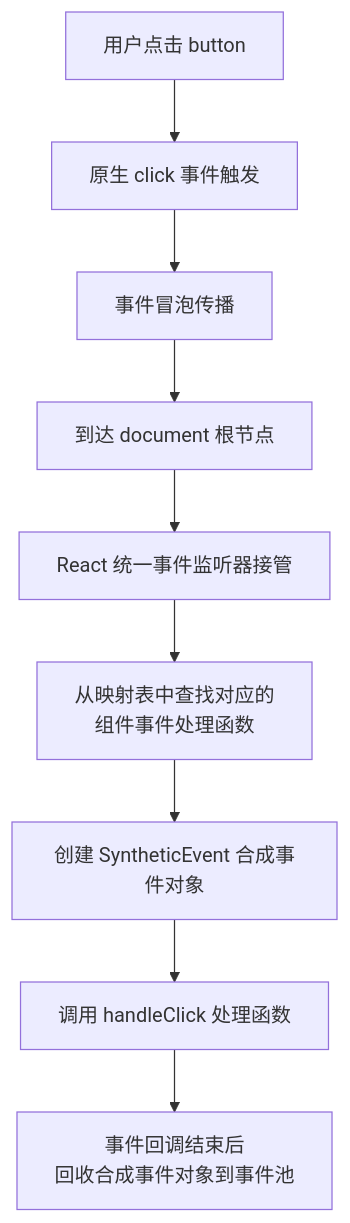
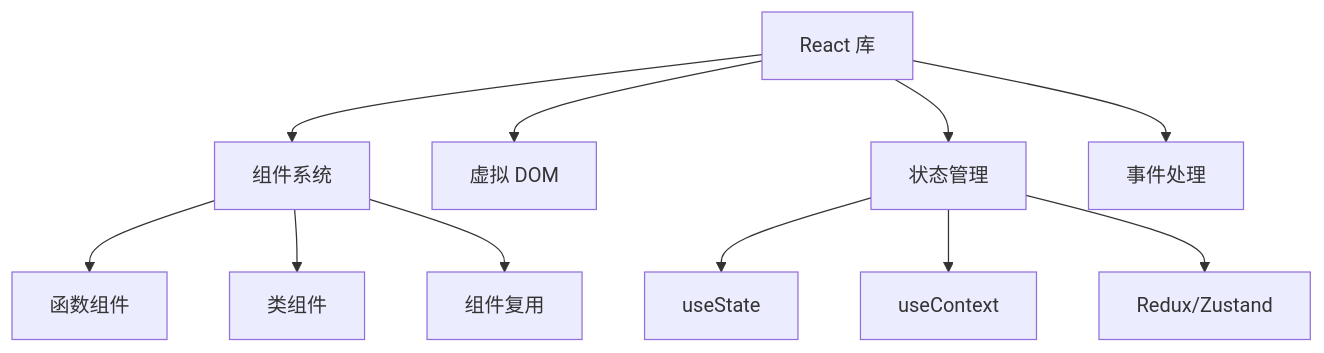
Before and after one commit to KMaybe01/common: the first of 21 diagrams in 00-基础常识/05-React-详解版.md, drawn with Mermaid. The commit also changed other lines of this file and 10 other files, not shown here.

````diff
--- a/00-基础常识/05-React-详解版.md
+++ b/00-基础常识/05-React-详解版.md
@@ -93,11 +34,15 @@
 ```mermaid
-flowchart TD
-    A["用户点击 button"] --> B["原生 click 事件触发"]
-    B --> C["事件冒泡传播"]
-    C --> D["到达 document 根节点"]
-    D --> E["React 统一事件监听器接管"]
-    E --> F["从映射表中查找对应的\n组件事件处理函数"]
-    F --> G["创建 SyntheticEvent 合成事件对象"]
-    G --> H["调用 handleClick 处理函数"]
-    H --> I["事件回调结束后\n回收合成事件对象到事件池"]
+graph TD
+    A["React 库"] --> B["组件系统"]
+    A --> C["虚拟 DOM"]
+    A --> D["状态管理"]
+    A --> E["事件处理"]
+
+    B --> B1["函数组件"]
+    B --> B2["类组件"]
+    B --> B3["组件复用"]
+
+    D --> D1["useState"]
+    D --> D2["useContext"]
+    D --> D3["Redux/Zustand"]
 ```
````
